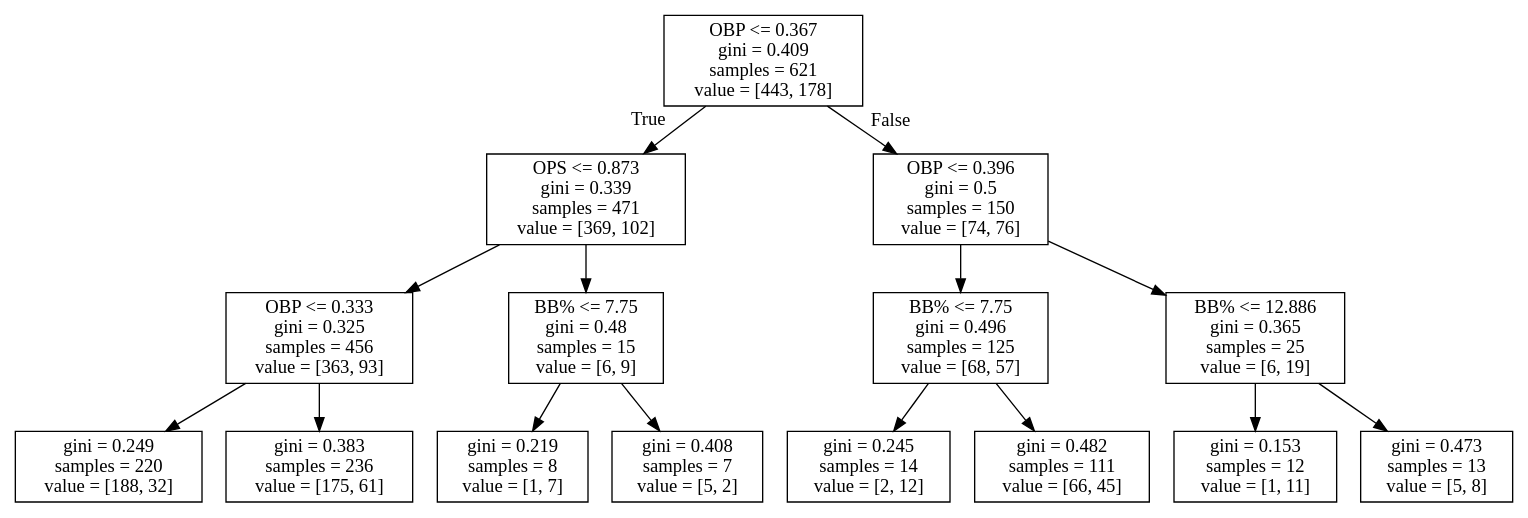
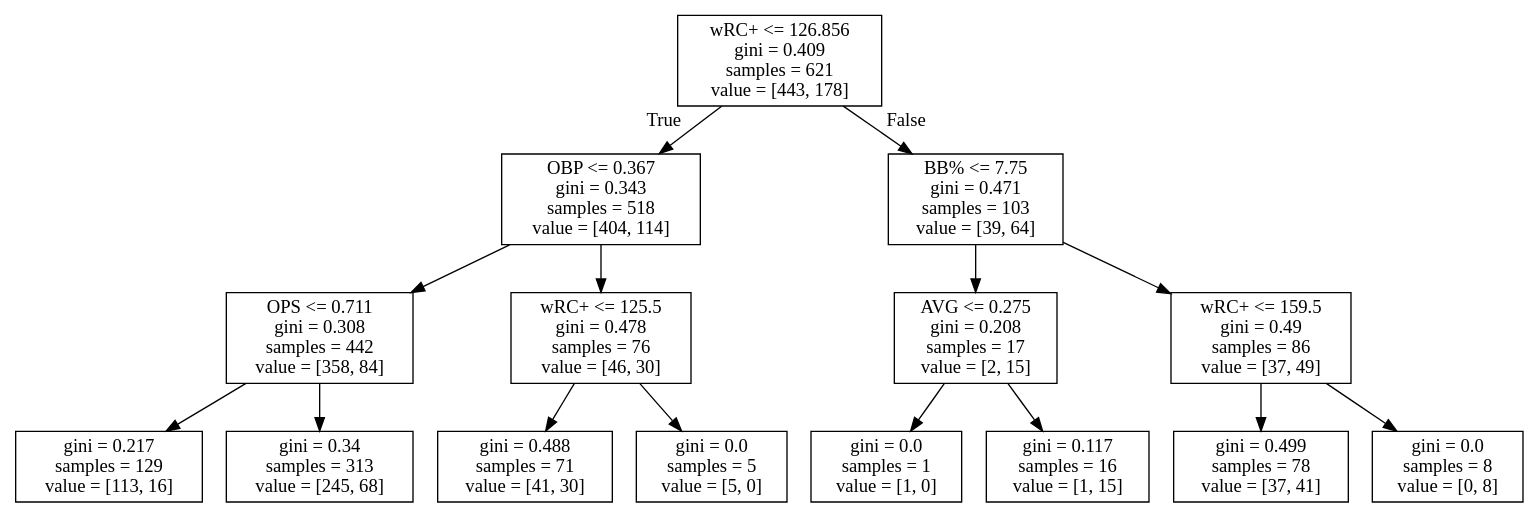
The diagram in AAA_results/AAA_gini.dot (alexbrizius/ds_project), drawn with Graphviz before and after one commit. The commit also changed 32 other files, not shown here.

Commit message:
1.) Added BABIP, wRC+ columns to data analysis 2.) Added SVM 3.) Improved graph generation

```diff
--- a/AAA_results/AAA_gini.dot
+++ b/AAA_results/AAA_gini.dot
@@ -1,32 +1,32 @@
 digraph Tree {
 node [shape=box] ;
-0 [label="OBP <= 0.367\ngini = 0.409\nsamples = 621\nvalue = [443, 178]"] ;
-1 [label="OPS <= 0.873\ngini = 0.339\nsamples = 471\nvalue = [369, 102]"] ;
+0 [label="wRC+ <= 126.856\ngini = 0.409\nsamples = 621\nvalue = [443, 178]"] ;
+1 [label="OBP <= 0.367\ngini = 0.343\nsamples = 518\nvalue = [404, 114]"] ;
 0 -> 1 [labeldistance=2.5, labelangle=45, headlabel="True"] ;
-2 [label="OBP <= 0.333\ngini = 0.325\nsamples = 456\nvalue = [363, 93]"] ;
+2 [label="OPS <= 0.711\ngini = 0.308\nsamples = 442\nvalue = [358, 84]"] ;
 1 -> 2 ;
-3 [label="gini = 0.249\nsamples = 220\nvalue = [188, 32]"] ;
+3 [label="gini = 0.217\nsamples = 129\nvalue = [113, 16]"] ;
 2 -> 3 ;
-4 [label="gini = 0.383\nsamples = 236\nvalue = [175, 61]"] ;
+4 [label="gini = 0.34\nsamples = 313\nvalue = [245, 68]"] ;
 2 -> 4 ;
-5 [label="BB% <= 7.75\ngini = 0.48\nsamples = 15\nvalue = [6, 9]"] ;
+5 [label="wRC+ <= 125.5\ngini = 0.478\nsamples = 76\nvalue = [46, 30]"] ;
 1 -> 5 ;
-6 [label="gini = 0.219\nsamples = 8\nvalue = [1, 7]"] ;
+6 [label="gini = 0.488\nsamples = 71\nvalue = [41, 30]"] ;
 5 -> 6 ;
-7 [label="gini = 0.408\nsamples = 7\nvalue = [5, 2]"] ;
+7 [label="gini = 0.0\nsamples = 5\nvalue = [5, 0]"] ;
 5 -> 7 ;
-8 [label="OBP <= 0.396\ngini = 0.5\nsamples = 150\nvalue = [74, 76]"] ;
+8 [label="BB% <= 7.75\ngini = 0.471\nsamples = 103\nvalue = [39, 64]"] ;
 0 -> 8 [labeldistance=2.5, labelangle=-45, headlabel="False"] ;
-9 [label="BB% <= 7.75\ngini = 0.496\nsamples = 125\nvalue = [68, 57]"] ;
+9 [label="AVG <= 0.275\ngini = 0.208\nsamples = 17\nvalue = [2, 15]"] ;
 8 -> 9 ;
-10 [label="gini = 0.245\nsamples = 14\nvalue = [2, 12]"] ;
+10 [label="gini = 0.0\nsamples = 1\nvalue = [1, 0]"] ;
 9 -> 10 ;
-11 [label="gini = 0.482\nsamples = 111\nvalue = [66, 45]"] ;
+11 [label="gini = 0.117\nsamples = 16\nvalue = [1, 15]"] ;
 9 -> 11 ;
-12 [label="BB% <= 12.886\ngini = 0.365\nsamples = 25\nvalue = [6, 19]"] ;
+12 [label="wRC+ <= 159.5\ngini = 0.49\nsamples = 86\nvalue = [37, 49]"] ;
 8 -> 12 ;
-13 [label="gini = 0.153\nsamples = 12\nvalue = [1, 11]"] ;
+13 [label="gini = 0.499\nsamples = 78\nvalue = [37, 41]"] ;
 12 -> 13 ;
-14 [label="gini = 0.473\nsamples = 13\nvalue = [5, 8]"] ;
+14 [label="gini = 0.0\nsamples = 8\nvalue = [0, 8]"] ;
 12 -> 14 ;
 }
```
